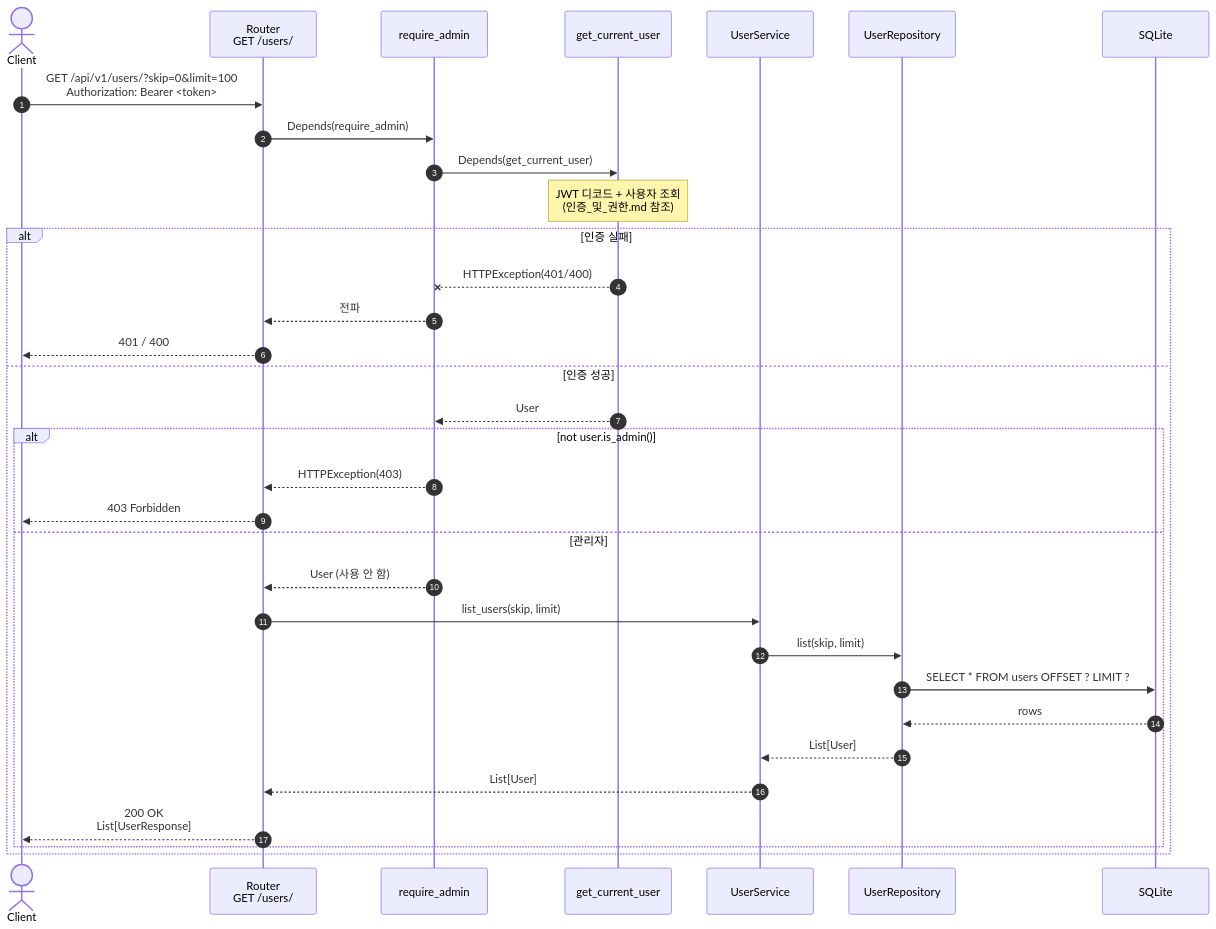
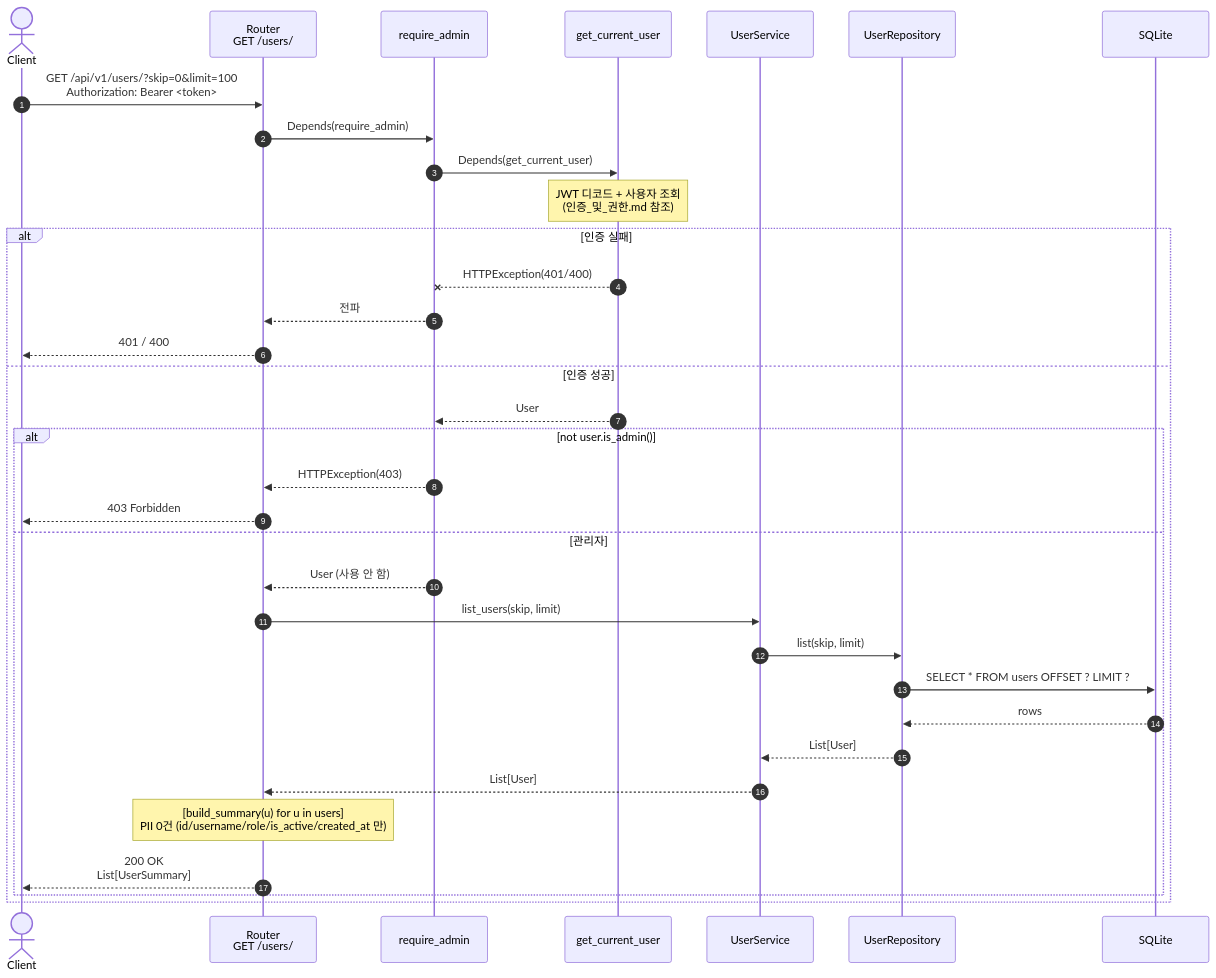
One commit to hjp7461/fastapi-sample changed the diagram in docs/diagram/사용자_목록_관리자.md. Above: the diagram before and after it, drawn with Mermaid. The commit also changed other lines of this file and 5 other files, not shown here.

First line of the commit message:
docs: 다이어그램 PII 정합 + README §환경 인덱스 + RUNBOOK §9.5 다이어그램 단계

````diff
--- a/docs/diagram/사용자_목록_관리자.md
+++ b/docs/diagram/사용자_목록_관리자.md
@@ -15,37 +15,38 @@
 ```mermaid
 sequenceDiagram
     autonumber
     actor Client
     participant Router as Router<br/>GET /users/
     participant Admin as require_admin
     participant User as get_current_user
     participant UService as UserService
     participant Repo as UserRepository
     participant DB as SQLite
 
     Client->>Router: GET /api/v1/users/?skip=0&limit=100<br/>Authorization: Bearer <token>
     Router->>Admin: Depends(require_admin)
     Admin->>User: Depends(get_current_user)
     Note over User: JWT 디코드 + 사용자 조회<br/>(인증_및_권한.md 참조)
 
     alt 인증 실패
         User--xAdmin: HTTPException(401/400)
         Admin-->>Router: 전파
         Router-->>Client: 401 / 400
     else 인증 성공
         User-->>Admin: User
         alt not user.is_admin()
             Admin-->>Router: HTTPException(403)
             Router-->>Client: 403 Forbidden
         else 관리자
             Admin-->>Router: User (사용 안 함)
             Router->>UService: list_users(skip, limit)
             UService->>Repo: list(skip, limit)
             Repo->>DB: SELECT * FROM users OFFSET ? LIMIT ?
             DB-->>Repo: rows
             Repo-->>UService: List[User]
             UService-->>Router: List[User]
-            Router-->>Client: 200 OK<br/>List[UserResponse]
+            Note over Router: [build_summary(u) for u in users]<br/>PII 0건 (id/username/role/is_active/created_at 만)
+            Router-->>Client: 200 OK<br/>List[UserSummary]
         end
     end
 ```
````
